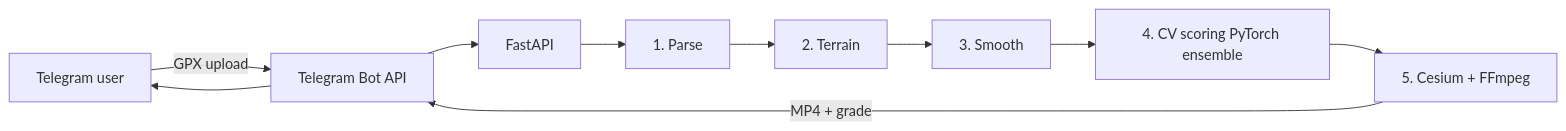
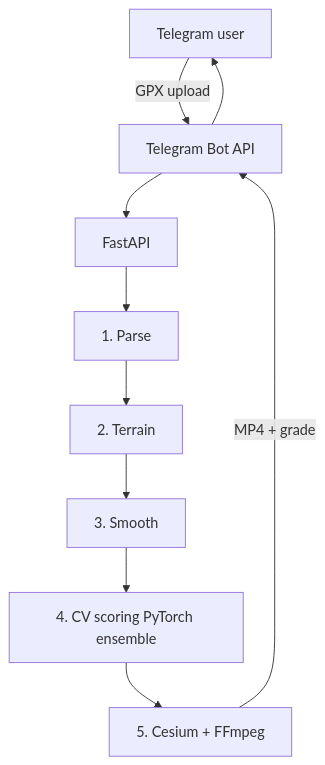
Before and after one commit to thelonius/thelonius.github.io: the diagram in src/content/projects/go-active.md, drawn with Mermaid. The commit also changed 17 other files, not shown here.

````diff
--- a/src/content/projects/go-active.md
+++ b/src/content/projects/go-active.md
@@ -66,12 +66,12 @@
 ```mermaid
-graph LR
+graph TB
   user[Telegram user] -->|GPX upload| bot[Telegram Bot API]
   bot --> api[FastAPI]
   api --> s1[1. Parse]
   s1 --> s2[2. Terrain]
   s2 --> s3[3. Smooth]
   s3 --> s4[4. CV scoring PyTorch ensemble]
   s4 --> s5[5. Cesium + FFmpeg]
   s5 -->|MP4 + grade| bot
   bot --> user
 ```
````
